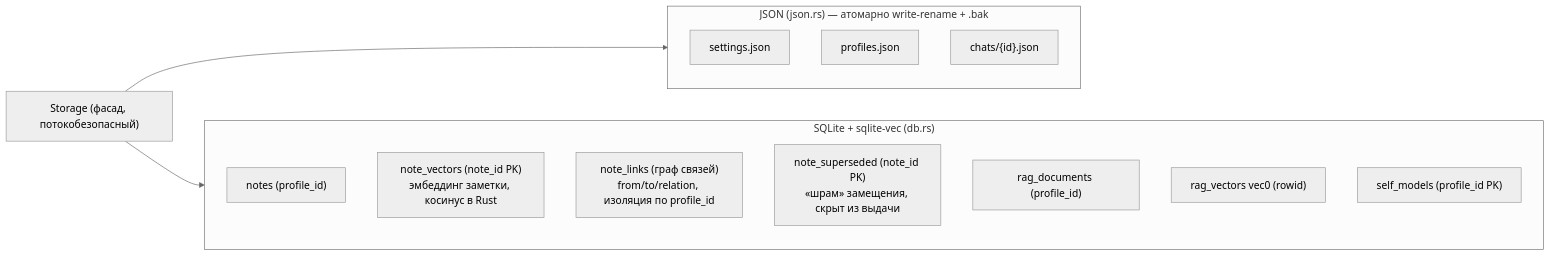
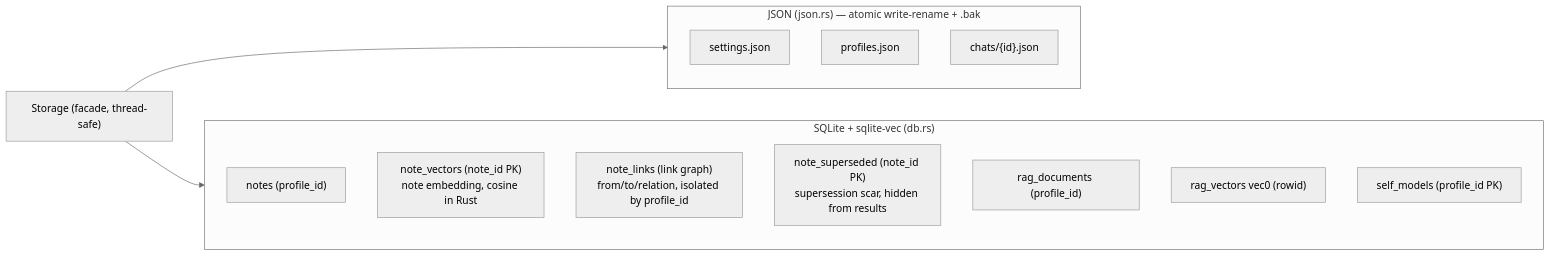
The ninth of 17 diagrams in docs/architecture.md (vshylov/mindfork-rs), drawn with Mermaid (neutral theme) before and after one commit. The commit also changed other lines of this file and 18 other files, not shown here.

````diff
--- a/docs/architecture.md
+++ b/docs/architecture.md
@@ -760,20 +796,20 @@
 ```mermaid
 flowchart LR
-    STORE["Storage (фасад, потокобезопасный)"]
-    subgraph JSON["JSON (json.rs) — атомарно write-rename + .bak"]
+    STORE["Storage (facade, thread-safe)"]
+    subgraph JSON["JSON (json.rs) — atomic write-rename + .bak"]
         SET["settings.json"]
         PRO["profiles.json"]
         CHATS["chats/{id}.json"]
     end
     subgraph DB["SQLite + sqlite-vec (db.rs)"]
         NOTES["notes (profile_id)"]
-        NV["note_vectors (note_id PK)<br/>эмбеддинг заметки, косинус в Rust"]
-        NL["note_links (граф связей)<br/>from/to/relation, изоляция по profile_id"]
-        NSUP["note_superseded (note_id PK)<br/>«шрам» замещения, скрыт из выдачи"]
+        NV["note_vectors (note_id PK)<br/>note embedding, cosine in Rust"]
+        NL["note_links (link graph)<br/>from/to/relation, isolated by profile_id"]
+        NSUP["note_superseded (note_id PK)<br/>supersession scar, hidden from results"]
         RAGD["rag_documents (profile_id)"]
         VEC["rag_vectors vec0 (rowid)"]
         SELF["self_models (profile_id PK)"]
     end
     STORE --> JSON
     STORE --> DB
 ```
````
